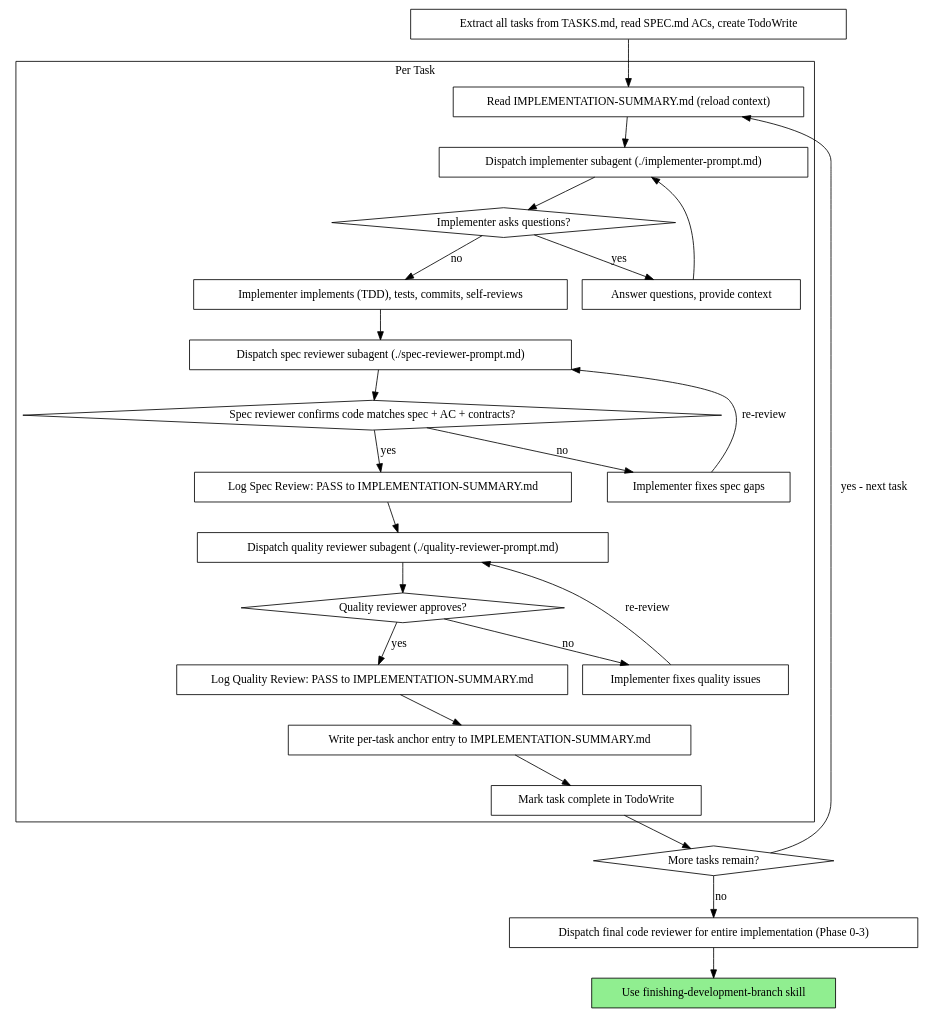
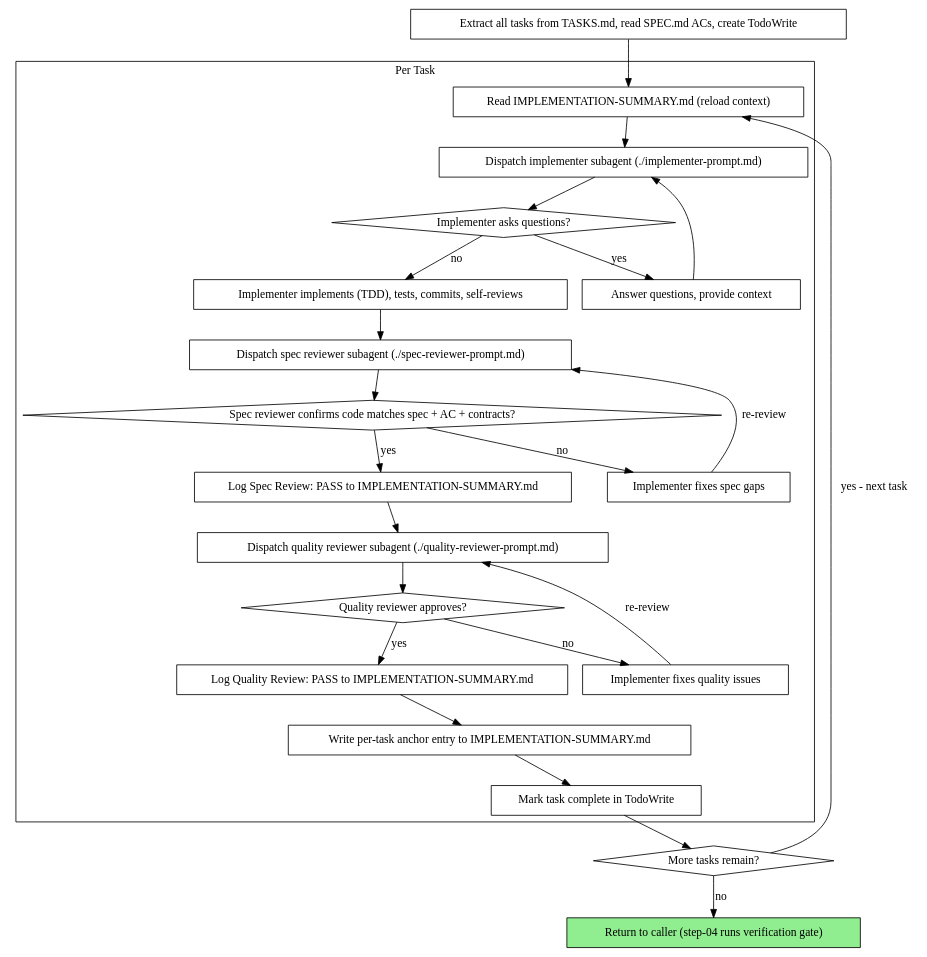
Before and after one commit to zlatkomq/spec-first-framework: the second of 2 diagrams in skills/subagent-driven-development/SKILL.md, drawn with Graphviz. The commit also changed other lines of this file and 8 other files, not shown here.

````diff
--- a/skills/subagent-driven-development/SKILL.md
+++ b/skills/subagent-driven-development/SKILL.md
@@ -78,52 +80,50 @@
 ```dot
 digraph process {
     rankdir=TB;
 
     subgraph cluster_per_task {
         label="Per Task";
         "Read IMPLEMENTATION-SUMMARY.md (reload context)" [shape=box];
         "Dispatch implementer subagent (./implementer-prompt.md)" [shape=box];
         "Implementer asks questions?" [shape=diamond];
         "Answer questions, provide context" [shape=box];
         "Implementer implements (TDD), tests, commits, self-reviews" [shape=box];
         "Dispatch spec reviewer subagent (./spec-reviewer-prompt.md)" [shape=box];
         "Spec reviewer confirms code matches spec + AC + contracts?" [shape=diamond];
         "Implementer fixes spec gaps" [shape=box];
         "Log Spec Review: PASS to IMPLEMENTATION-SUMMARY.md" [shape=box];
         "Dispatch quality reviewer subagent (./quality-reviewer-prompt.md)" [shape=box];
         "Quality reviewer approves?" [shape=diamond];
         "Implementer fixes quality issues" [shape=box];
         "Log Quality Review: PASS to IMPLEMENTATION-SUMMARY.md" [shape=box];
         "Write per-task anchor entry to IMPLEMENTATION-SUMMARY.md" [shape=box];
         "Mark task complete in TodoWrite" [shape=box];
     }
 
     "Extract all tasks from TASKS.md, read SPEC.md ACs, create TodoWrite" [shape=box];
     "More tasks remain?" [shape=diamond];
-    "Dispatch final code reviewer for entire implementation (Phase 0-3)" [shape=box];
-    "Use finishing-development-branch skill" [shape=box style=filled fillcolor=lightgreen];
+    "Return to caller (step-04 runs verification gate)" [shape=box style=filled fillcolor=lightgreen];
 
     "Extract all tasks from TASKS.md, read SPEC.md ACs, create TodoWrite" -> "Read IMPLEMENTATION-SUMMARY.md (reload context)";
     "Read IMPLEMENTATION-SUMMARY.md (reload context)" -> "Dispatch implementer subagent (./implementer-prompt.md)";
     "Dispatch implementer subagent (./implementer-prompt.md)" -> "Implementer asks questions?";
     "Implementer asks questions?" -> "Answer questions, provide context" [label="yes"];
     "Answer questions, provide context" -> "Dispatch implementer subagent (./implementer-prompt.md)";
     "Implementer asks questions?" -> "Implementer implements (TDD), tests, commits, self-reviews" [label="no"];
     "Implementer implements (TDD), tests, commits, self-reviews" -> "Dispatch spec reviewer subagent (./spec-reviewer-prompt.md)";
     "Dispatch spec reviewer subagent (./spec-reviewer-prompt.md)" -> "Spec reviewer confirms code matches spec + AC + contracts?";
     "Spec reviewer confirms code matches spec + AC + contracts?" -> "Implementer fixes spec gaps" [label="no"];
     "Implementer fixes spec gaps" -> "Dispatch spec reviewer subagent (./spec-reviewer-prompt.md)" [label="re-review"];
     "Spec reviewer confirms code matches spec + AC + contracts?" -> "Log Spec Review: PASS to IMPLEMENTATION-SUMMARY.md" [label="yes"];
     "Log Spec Review: PASS to IMPLEMENTATION-SUMMARY.md" -> "Dispatch quality reviewer subagent (./quality-reviewer-prompt.md)";
     "Dispatch quality reviewer subagent (./quality-reviewer-prompt.md)" -> "Quality reviewer approves?";
     "Quality reviewer approves?" -> "Implementer fixes quality issues" [label="no"];
     "Implementer fixes quality issues" -> "Dispatch quality reviewer subagent (./quality-reviewer-prompt.md)" [label="re-review"];
     "Quality reviewer approves?" -> "Log Quality Review: PASS to IMPLEMENTATION-SUMMARY.md" [label="yes"];
     "Log Quality Review: PASS to IMPLEMENTATION-SUMMARY.md" -> "Write per-task anchor entry to IMPLEMENTATION-SUMMARY.md";
     "Write per-task anchor entry to IMPLEMENTATION-SUMMARY.md" -> "Mark task complete in TodoWrite";
     "Mark task complete in TodoWrite" -> "More tasks remain?";
     "More tasks remain?" -> "Read IMPLEMENTATION-SUMMARY.md (reload context)" [label="yes - next task"];
-    "More tasks remain?" -> "Dispatch final code reviewer for entire implementation (Phase 0-3)" [label="no"];
-    "Dispatch final code reviewer for entire implementation (Phase 0-3)" -> "Use finishing-development-branch skill";
+    "More tasks remain?" -> "Return to caller (step-04 runs verification gate)" [label="no"];
 }
 ```
````
